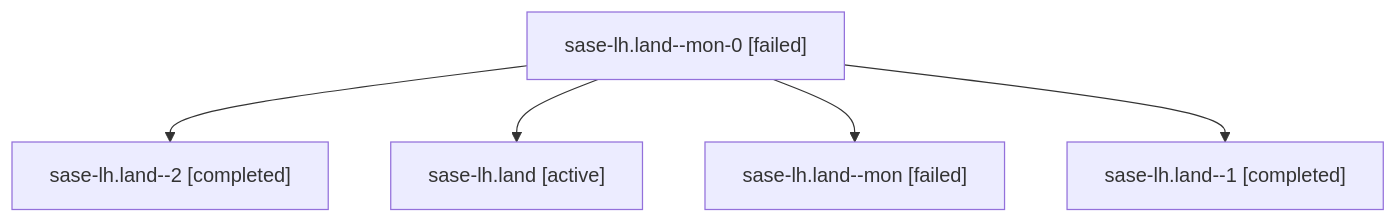
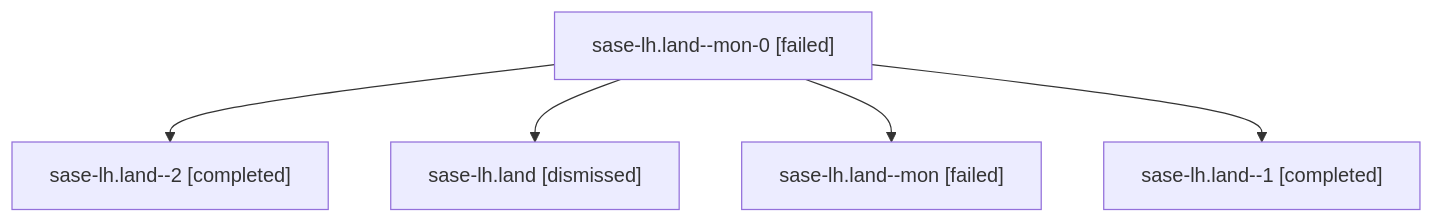
One commit to sase-org/sase--agents changed the diagram in sessions/bbugyi200.athena.sase-lh.land.md. Above: the diagram before and after it, drawn with Mermaid. The commit also changed other lines of this file and 76 other files, not shown here.

````diff
--- a/sessions/bbugyi200.athena.sase-lh.land.md
+++ b/sessions/bbugyi200.athena.sase-lh.land.md
@@ -9,12 +9,12 @@
 ```mermaid
 flowchart TD
   n0["sase-lh.land--mon-0 [failed]"]
   n1["sase-lh.land--2 [completed]"]
   n0 --> n1
-  n2["sase-lh.land [active]"]
+  n2["sase-lh.land [dismissed]"]
   n0 --> n2
   n3["sase-lh.land--mon [failed]"]
   n0 --> n3
   n4["sase-lh.land--1 [completed]"]
   n0 --> n4
 ```
````
